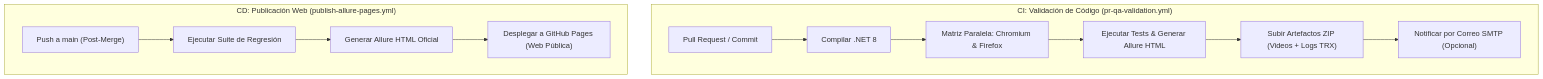
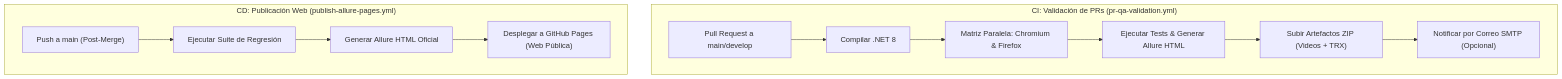
One commit to Gustavo-Umeres/mi-proyecto-qa changed the diagram in DOCS_ARQUITECTURA_QA.md. Above: the diagram before and after it, drawn with Mermaid. The commit also changed other lines of this file, not shown here.

````diff
--- a/DOCS_ARQUITECTURA_QA.md
+++ b/DOCS_ARQUITECTURA_QA.md
@@ -50,16 +45,16 @@
 ```mermaid
 graph TD
-    subgraph "CI: Validación de Código (pr-qa-validation.yml)"
-        A["Pull Request / Commit"] --> B["Compilar .NET 8"]
+    subgraph "CI: Validación de PRs (pr-qa-validation.yml)"
+        A["Pull Request a main/develop"] --> B["Compilar .NET 8"]
         B --> C["Matriz Paralela: Chromium & Firefox"]
         C --> D["Ejecutar Tests & Generar Allure HTML"]
-        D --> E["Subir Artefactos ZIP (Videos + Logs TRX)"]
+        D --> E["Subir Artefactos ZIP (Videos + TRX)"]
         E --> F["Notificar por Correo SMTP (Opcional)"]
     end
 
     subgraph "CD: Publicación Web (publish-allure-pages.yml)"
         G["Push a main (Post-Merge)"] --> H["Ejecutar Suite de Regresión"]
         H --> I["Generar Allure HTML Oficial"]
         I --> J["Desplegar a GitHub Pages (Web Pública)"]
     end
 ```
````
